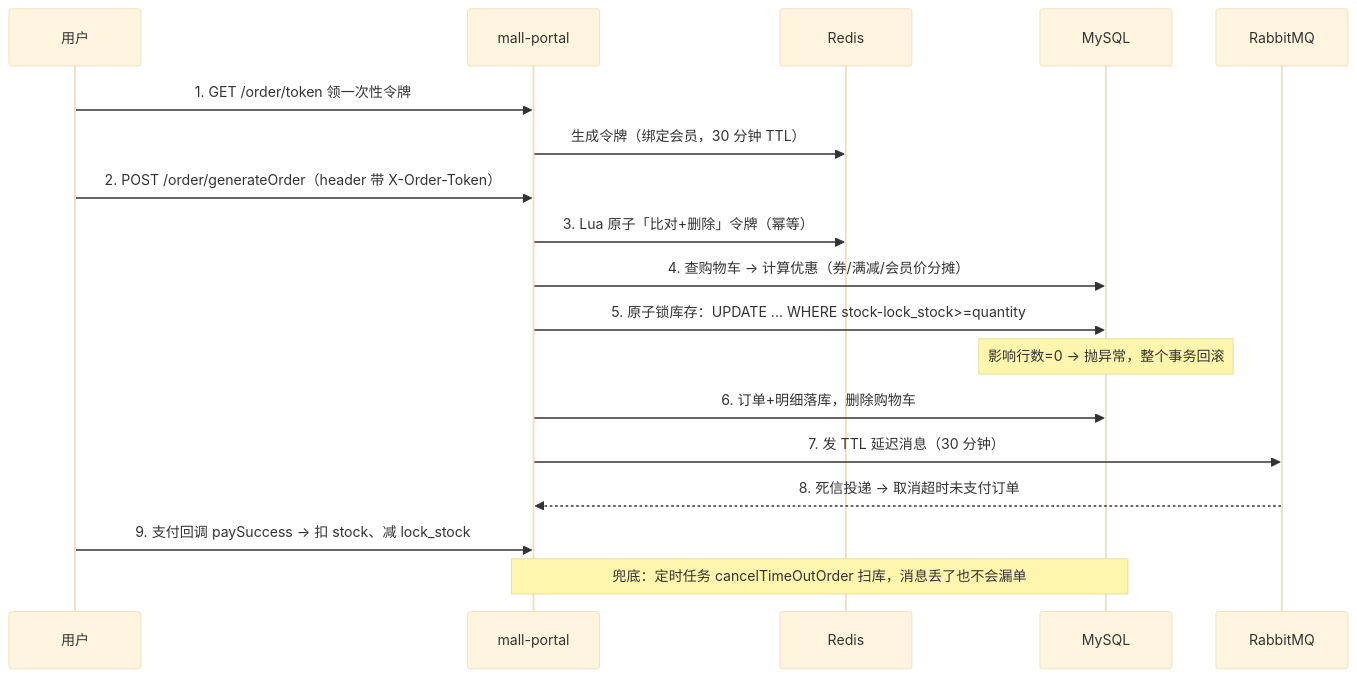
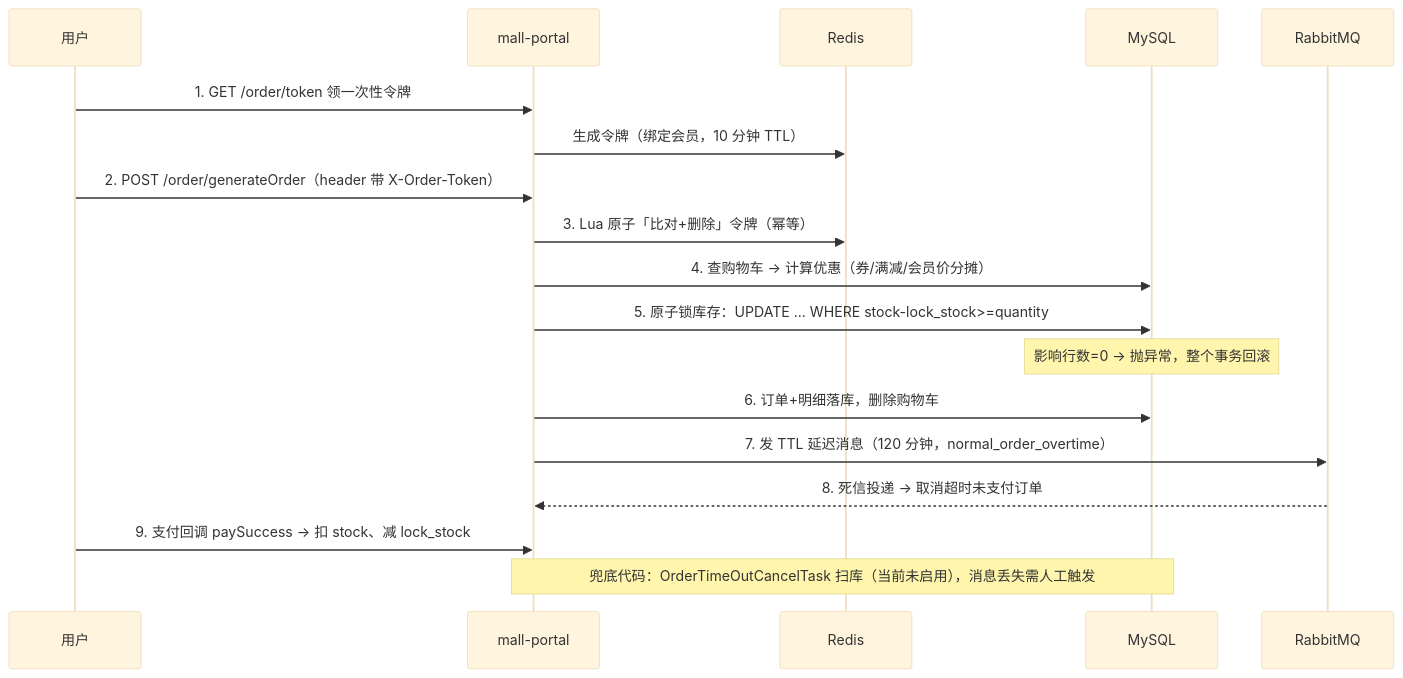
One commit to ycjgood/mall changed the third of 5 diagrams in 项目架构与三层改造说明.md. Above: the diagram before and after it, drawn with Mermaid (base theme). The commit also changed other lines of this file and 4 other files, not shown here.

````diff
--- a/项目架构与三层改造说明.md
+++ b/项目架构与三层改造说明.md
@@ -95,21 +95,21 @@
 ```mermaid
 sequenceDiagram
     participant U as 用户
     participant P as mall-portal
     participant R as Redis
     participant DB as MySQL
     participant MQ as RabbitMQ
 
     U->>P: 1. GET /order/token 领一次性令牌
-    P->>R: 生成令牌（绑定会员，30 分钟 TTL）
+    P->>R: 生成令牌（绑定会员，10 分钟 TTL）
     U->>P: 2. POST /order/generateOrder（header 带 X-Order-Token）
     P->>R: 3. Lua 原子「比对+删除」令牌（幂等）
     P->>DB: 4. 查购物车 → 计算优惠（券/满减/会员价分摊）
     P->>DB: 5. 原子锁库存：UPDATE ... WHERE stock-lock_stock>=quantity
     Note over DB: 影响行数=0 → 抛异常，整个事务回滚
     P->>DB: 6. 订单+明细落库，删除购物车
-    P->>MQ: 7. 发 TTL 延迟消息（30 分钟）
+    P->>MQ: 7. 发 TTL 延迟消息（120 分钟，normal_order_overtime）
     MQ-->>P: 8. 死信投递 → 取消超时未支付订单
     U->>P: 9. 支付回调 paySuccess → 扣 stock、减 lock_stock
-    Note over P,DB: 兜底：定时任务 cancelTimeOutOrder 扫库，消息丢了也不会漏单
+    Note over P,DB: 兜底代码：OrderTimeOutCancelTask 扫库（当前未启用），消息丢失需人工触发
 ```
````
